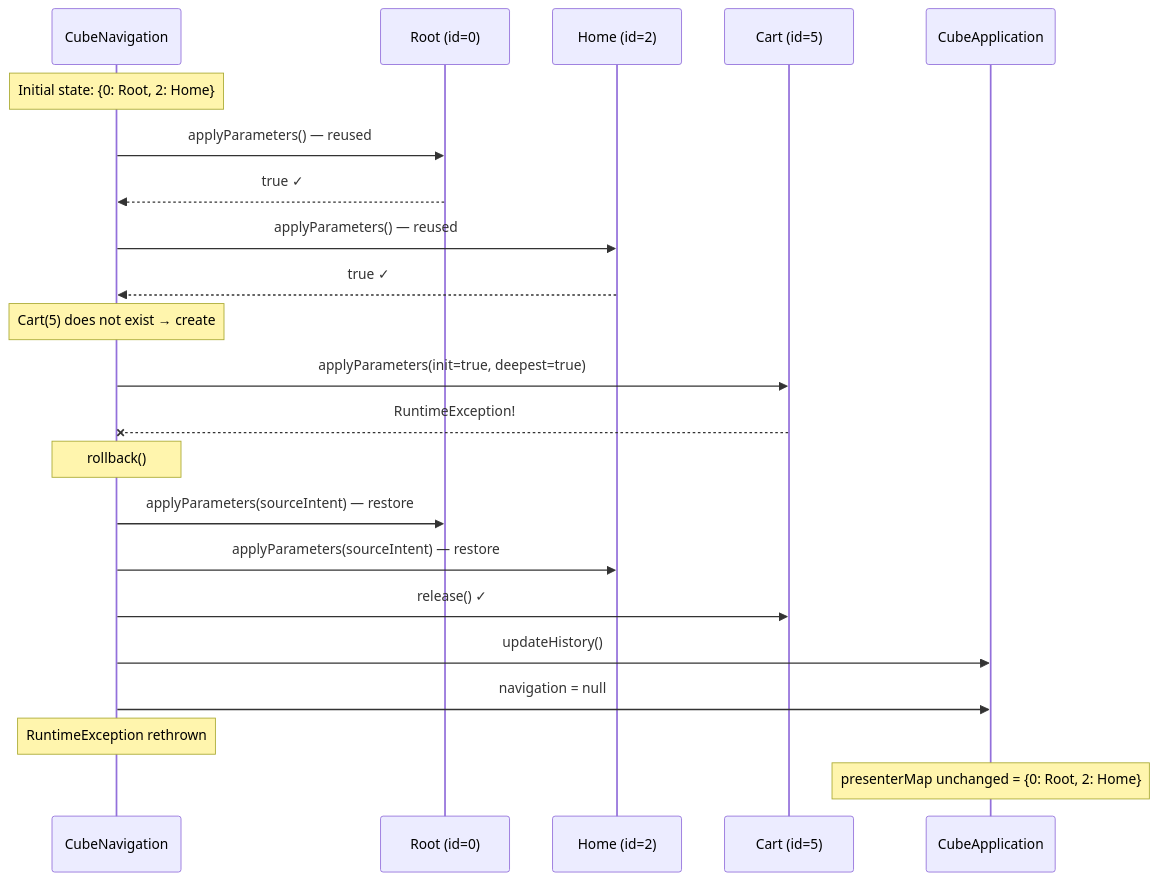
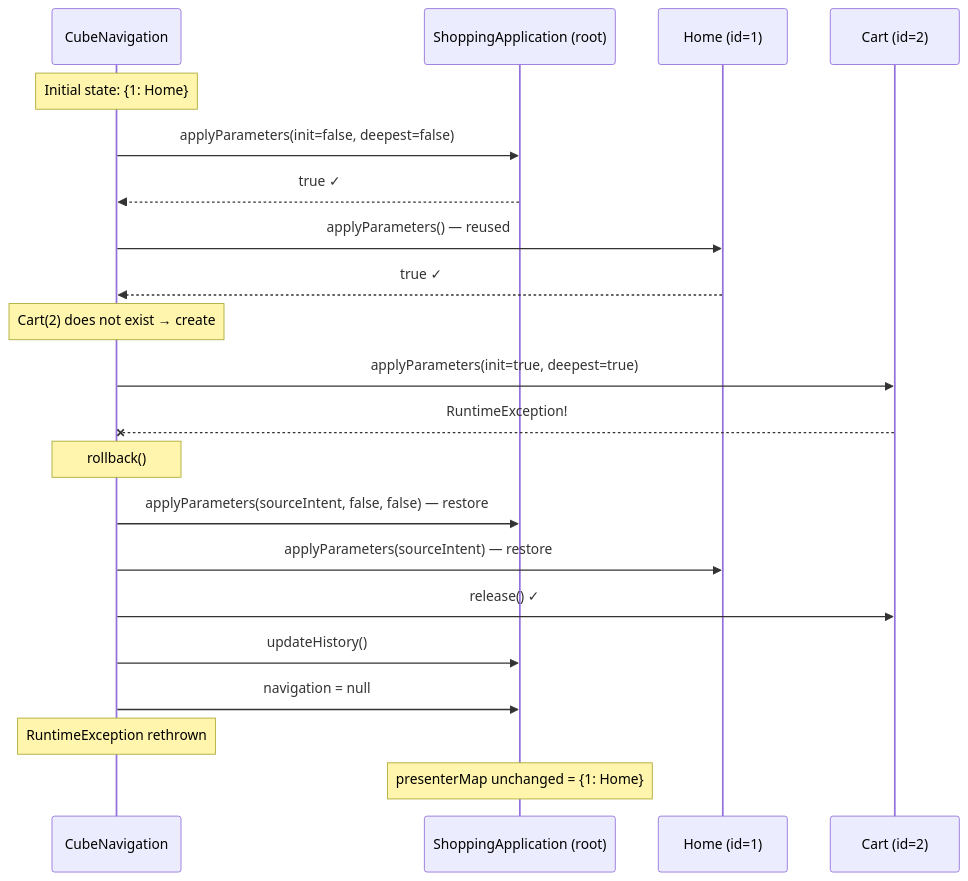
The tenth of 19 diagrams in docs/architecture-cube.md (mrcdom/wdc-cube-kotlin), drawn with Mermaid before and after one commit. The commit also changed other lines of this file and 22 other files, not shown here.

First line of the commit message:
refactor(presentation): ShoppingApplication absorbs RootPresenter

````diff
--- a/docs/architecture-cube.md
+++ b/docs/architecture-cube.md
@@ -586,28 +588,27 @@
 ```mermaid
 sequenceDiagram
     participant Nav as CubeNavigation
-    participant Root as Root (id=0)
-    participant Home as Home (id=2)
-    participant Cart as Cart (id=5)
-    participant App as CubeApplication
+    participant App as ShoppingApplication (root)
+    participant Home as Home (id=1)
+    participant Cart as Cart (id=2)
 
-    Note over Nav: Initial state: {0: Root, 2: Home}
+    Note over Nav: Initial state: {1: Home}
 
-    Nav->>Root: applyParameters() — reused
-    Root-->>Nav: true ✓
+    Nav->>App: applyParameters(init=false, deepest=false)
+    App-->>Nav: true ✓
     Nav->>Home: applyParameters() — reused
     Home-->>Nav: true ✓
 
-    Note over Nav: Cart(5) does not exist → create
+    Note over Nav: Cart(2) does not exist → create
     Nav->>Cart: applyParameters(init=true, deepest=true)
     Cart--xNav: RuntimeException!
 
     Note over Nav: rollback()
-    Nav->>Root: applyParameters(sourceIntent) — restore
+    Nav->>App: applyParameters(sourceIntent, false, false) — restore
     Nav->>Home: applyParameters(sourceIntent) — restore
     Nav->>Cart: release() ✓
     Nav->>App: updateHistory()
     Nav->>App: navigation = null
     Note over Nav: RuntimeException rethrown
-    Note over App: presenterMap unchanged = {0: Root, 2: Home}
+    Note over App: presenterMap unchanged = {1: Home}
 ```
````
